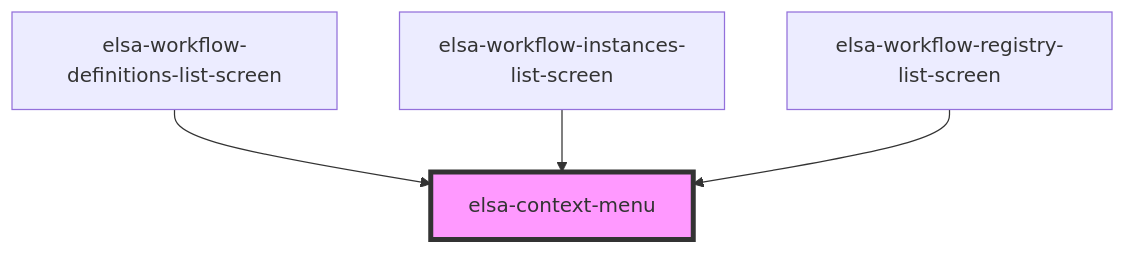
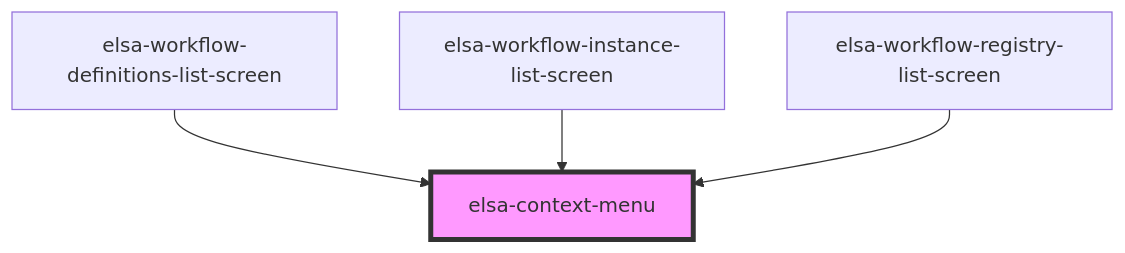
The diagram in src/designer/elsa-workflows-studio/src/components/controls/elsa-context-menu/readme.md (elsa-workflows/elsa-core), drawn with Mermaid before and after one commit. The commit also changed other lines of this file and 22 other files, not shown here.

````diff
--- a/src/designer/elsa-workflows-studio/src/components/controls/elsa-context-menu/readme.md
+++ b/src/designer/elsa-workflows-studio/src/components/controls/elsa-context-menu/readme.md
@@ -25,7 +25,7 @@
 ```mermaid
 graph TD;
   elsa-workflow-definitions-list-screen --> elsa-context-menu
-  elsa-workflow-instances-list-screen --> elsa-context-menu
+  elsa-workflow-instance-list-screen --> elsa-context-menu
   elsa-workflow-registry-list-screen --> elsa-context-menu
   style elsa-context-menu fill:#f9f,stroke:#333,stroke-width:4px
 ```
````
